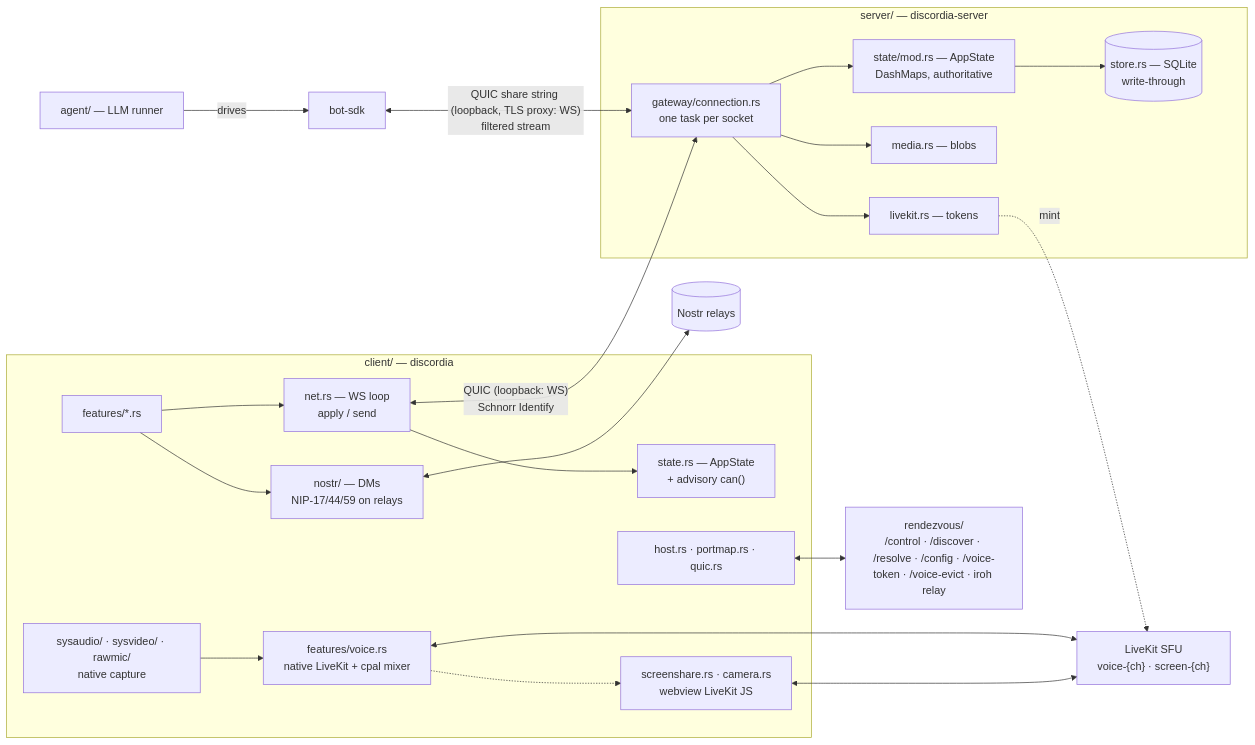
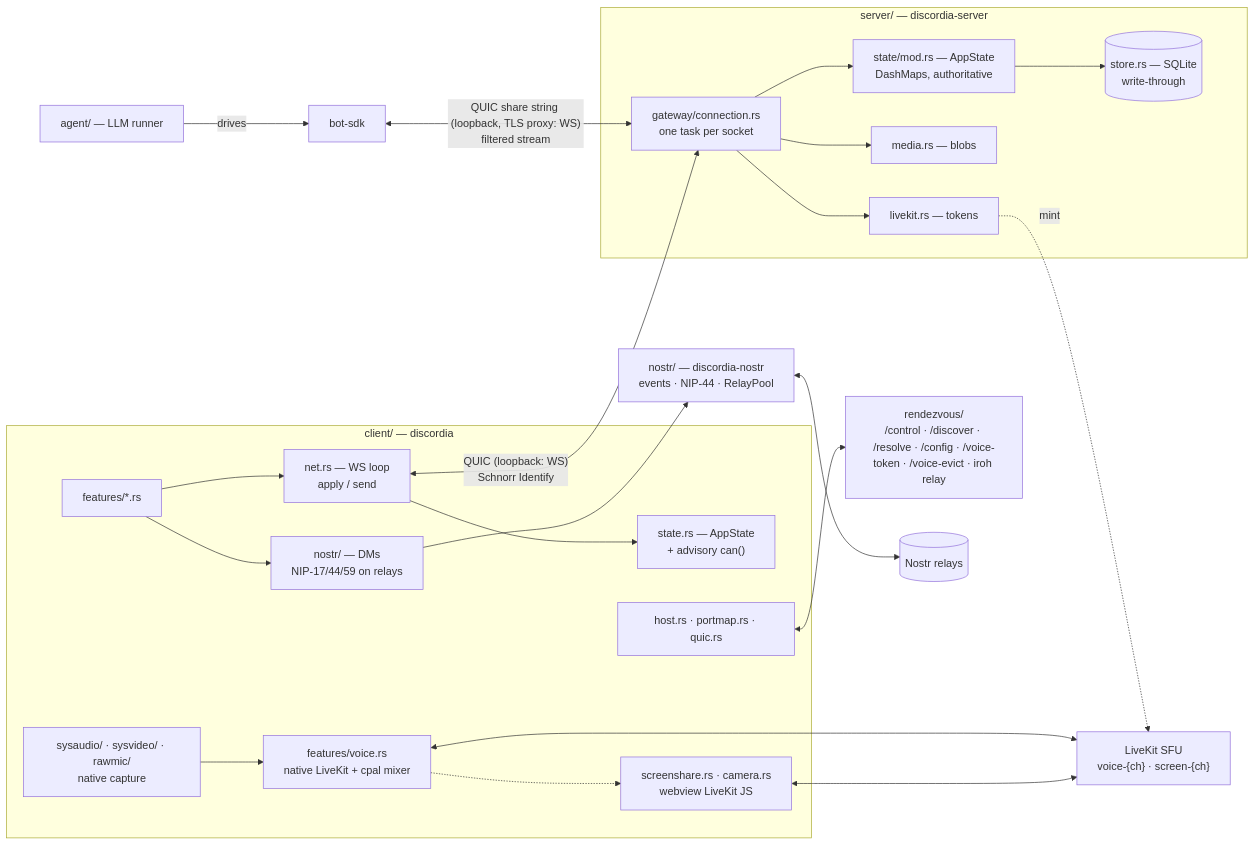
The diagram in docs/MAP.md (ssotomayor/discordia), drawn with Mermaid before and after one commit. The commit also changed other lines of this file and 91 other files, not shown here.

````diff
--- a/docs/MAP.md
+++ b/docs/MAP.md
@@ -282,40 +287,40 @@
 ```mermaid
 flowchart LR
   subgraph C["client/ — discordia"]
     UI["features/*.rs"]
     NET["net.rs — WS loop<br/>apply / send"]
     ST["state.rs — AppState<br/>+ advisory can()"]
     NOSTR["nostr/ — DMs<br/>NIP-17/44/59 on relays"]
     V["features/voice.rs<br/>native LiveKit + cpal mixer"]
     CAP["sysaudio/ · sysvideo/ · rawmic/<br/>native capture"]
     JS["screenshare.rs · camera.rs<br/>webview LiveKit JS"]
     HOST["host.rs · portmap.rs · quic.rs"]
     UI-->NET-->ST
     UI-->NOSTR
     CAP-->V
     V-.->JS
   end
   subgraph S["server/ — discordia-server"]
     GW["gateway/connection.rs<br/>one task per socket"]
     AS["state/mod.rs — AppState<br/>DashMaps, authoritative"]
     DB[("store.rs — SQLite<br/>write-through")]
     MED["media.rs — blobs"]
     LK["livekit.rs — tokens"]
     GW-->AS-->DB
     GW-->MED
     GW-->LK
   end
   SFU["LiveKit SFU<br/>voice-{ch} · screen-{ch}"]
   RZ["rendezvous/<br/>/control · /discover · /resolve · /config · /voice-token · /voice-evict · iroh relay"]
   RELAYS[("Nostr relays")]
   BOT["bot-sdk"]
   AGENT["agent/ — LLM runner"]
   NET<-->|"QUIC (loopback: WS)<br/>Schnorr Identify"|GW
   BOT<-->|"QUIC share string (loopback, TLS proxy: WS)<br/>filtered stream"|GW
   AGENT-->|"drives"|BOT
   V<-->SFU
   JS<-->SFU
   LK-.mint.->SFU
   HOST<-->RZ
-  NOSTR<-->RELAYS
+  NOSTR-->NC["nostr/ — discordia-nostr<br/>events · NIP-44 · RelayPool"]<-->RELAYS
 ```
````
